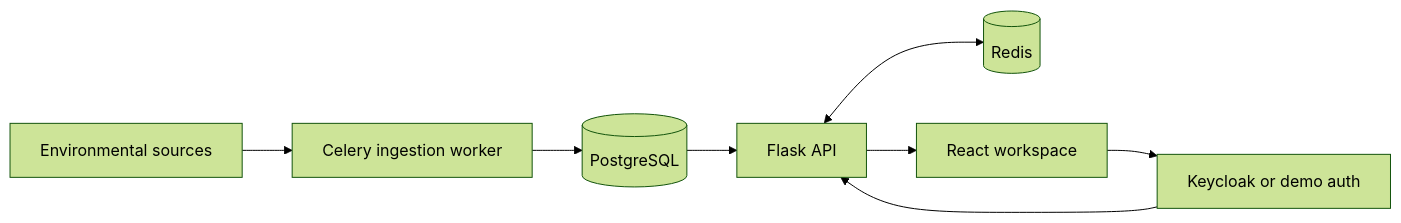
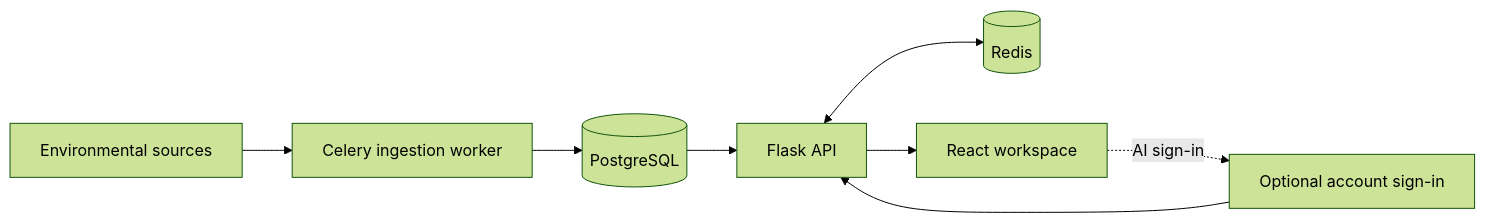
The diagram in README.md (kabaskill/droplet), drawn with Mermaid (forest theme) before and after one commit. The commit also changed other lines of this file and 40 other files, not shown here.

````diff
--- a/README.md
+++ b/README.md
@@ -19,10 +19,10 @@
 ```mermaid
 flowchart LR
   Sources[Environmental sources] --> Worker[Celery ingestion worker]
   Worker --> DB[(PostgreSQL)]
   DB --> API[Flask API]
   API <--> Cache[(Redis)]
   API --> Frontend[React workspace]
-  Keycloak[Keycloak or demo auth] --> API
-  Frontend --> Keycloak
+  Keycloak[Optional account sign-in] --> API
+  Frontend -. AI sign-in .-> Keycloak
 ```
````
